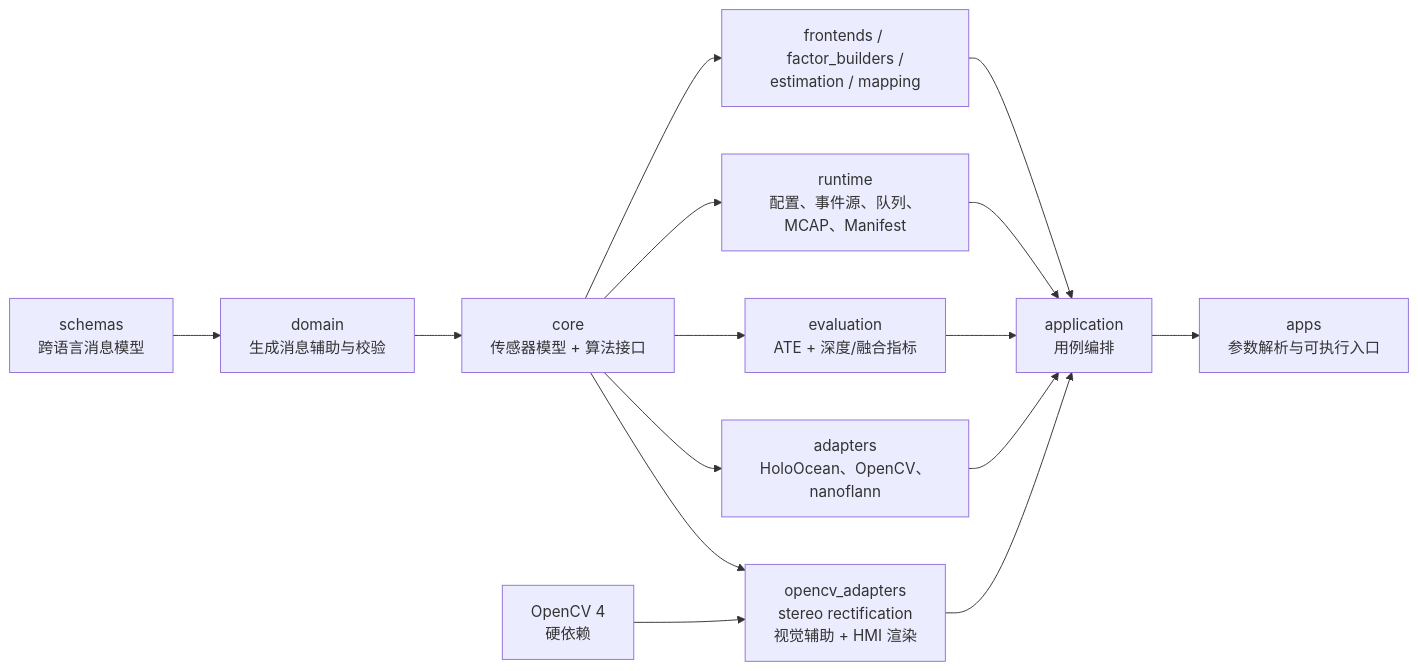
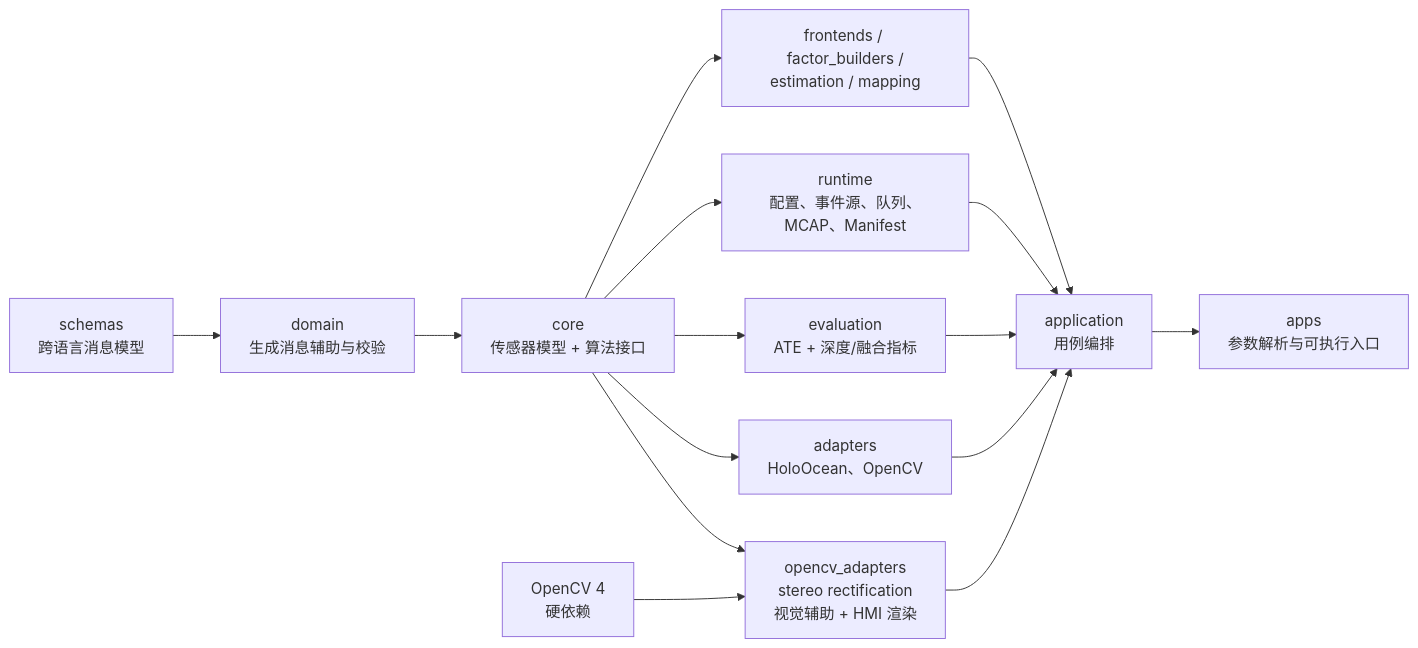
One commit to PengBY91/uw_slam_simplify changed the second of 3 diagrams in README.md. Above: the diagram before and after it, drawn with Mermaid. The commit also changed other lines of this file and 28 other files, not shown here.

````diff
--- a/README.md
+++ b/README.md
@@ -229,17 +228,17 @@
 ```mermaid
 flowchart LR
     SCHEMAS[schemas<br/>跨语言消息模型] --> DOMAIN[domain<br/>生成消息辅助与校验]
     DOMAIN --> CORE[core<br/>传感器模型 + 算法接口]
     CORE --> ALGO["frontends / factor_builders /<br/>estimation / mapping"]
     CORE --> RUNTIME[runtime<br/>配置、事件源、队列、MCAP、Manifest]
     CORE --> EVAL[evaluation<br/>ATE + 深度/融合指标]
-    CORE --> ADAPTERS[adapters<br/>HoloOcean、OpenCV、nanoflann]
+    CORE --> ADAPTERS[adapters<br/>HoloOcean、OpenCV]
     CORE --> OPENCV_ADAPTERS[opencv_adapters<br/>stereo rectification<br/>视觉辅助 + HMI 渲染]
     OPENCV[OpenCV 4<br/>硬依赖] --> OPENCV_ADAPTERS
     ALGO --> APPLICATION[application<br/>用例编排]
     RUNTIME --> APPLICATION
     EVAL --> APPLICATION
     ADAPTERS --> APPLICATION
     OPENCV_ADAPTERS --> APPLICATION
     APPLICATION --> APPS[apps<br/>参数解析与可执行入口]
 ```
````
